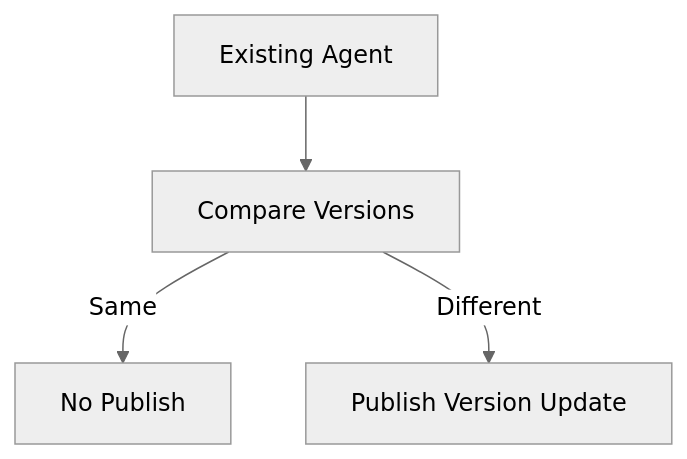
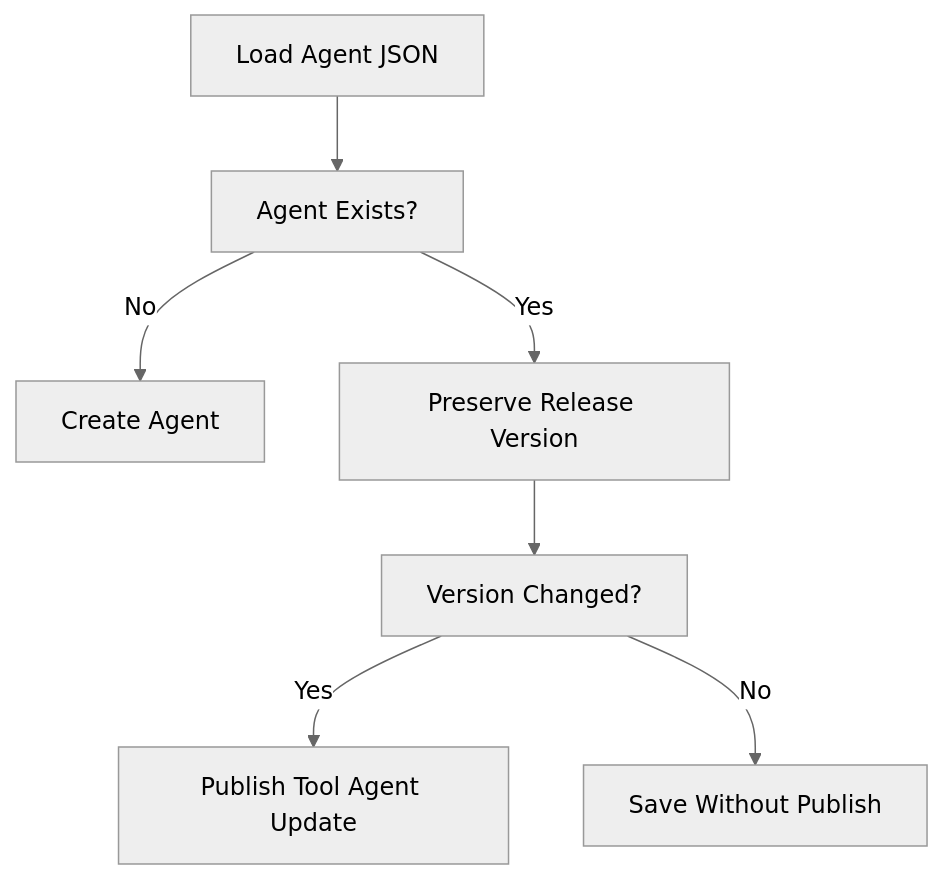
One commit to flamingo-stack/openframe-oss-lib changed the third of 6 diagrams in docs/reference/architecture/management-service-core/management-service-core.md. Above: the diagram before and after it, drawn with Mermaid (neutral theme). The commit also changed other lines of this file and 172 other files, not shown here.

````diff
--- a/docs/reference/architecture/management-service-core/management-service-core.md
+++ b/docs/reference/architecture/management-service-core/management-service-core.md
@@ -140,6 +187,9 @@
 ```mermaid
 flowchart TD
-    Existing["Existing Agent"] --> Compare["Compare Versions"]
-    Compare -->|"Same"| Skip["No Publish"]
-    Compare -->|"Different"| Publish["Publish Version Update"]
+    LoadConfig["Load Agent JSON"] --> ExistsCheck["Agent Exists?"]
+    ExistsCheck -->|"No"| Create["Create Agent"]
+    ExistsCheck -->|"Yes"| PreserveVersion["Preserve Release Version"]
+    PreserveVersion --> Compare["Version Changed?"]
+    Compare -->|"Yes"| Publish["Publish Tool Agent Update"]
+    Compare -->|"No"| SaveOnly["Save Without Publish"]
 ```
````
